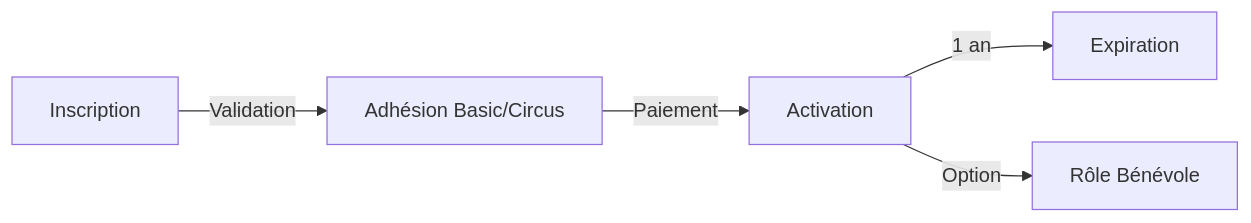
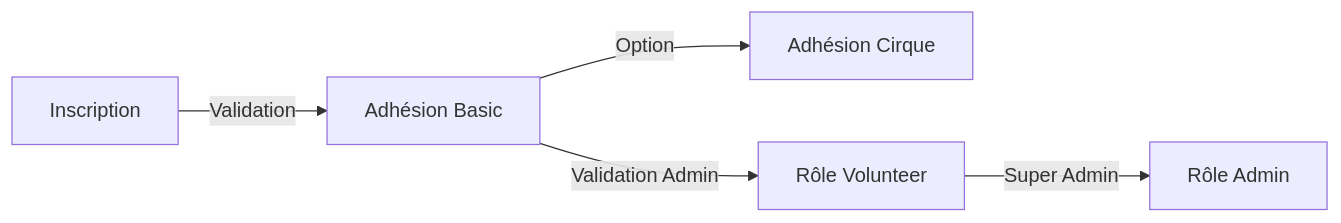
Before and after one commit to LeCircographe-asso/.github: the second of 3 diagrams in docs/business_logic/types.md, drawn with Mermaid. The commit also changed other lines of this file and 21 other files, not shown here.

````diff
--- a/docs/business_logic/types.md
+++ b/docs/business_logic/types.md
@@ -90,7 +94,7 @@
 ```mermaid
 graph LR
-    A[Inscription] -->|Validation| B[Adhésion Basic/Circus]
-    B -->|Paiement| C[Activation]
-    C -->|1 an| D[Expiration]
-    C -->|Option| E[Rôle Bénévole]
+    A[Inscription] -->|Validation| B[Adhésion Basic]
+    B -->|Option| C[Adhésion Cirque]
+    B -->|Validation Admin| D[Rôle Volunteer]
+    D -->|Super Admin| E[Rôle Admin]
 ```
````
